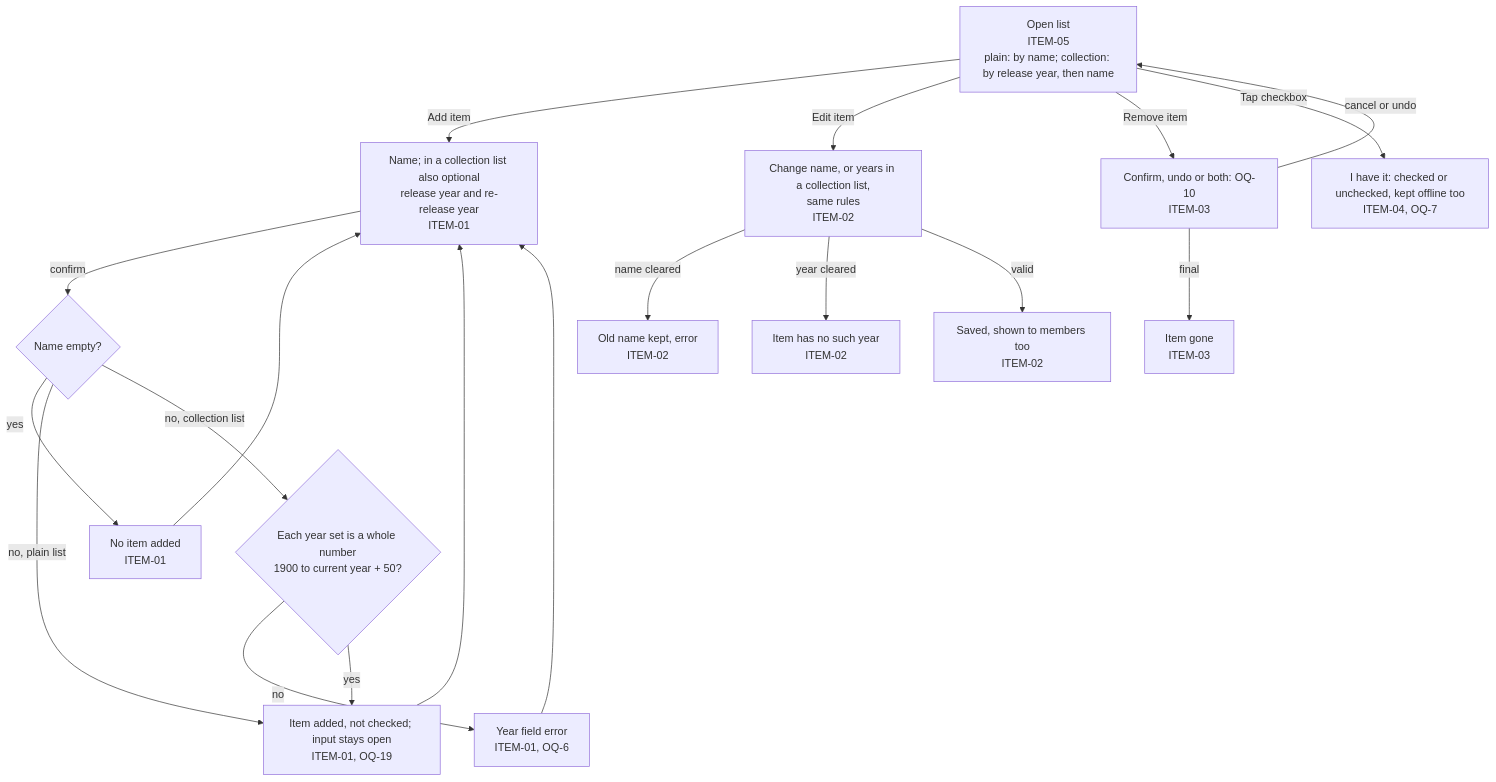
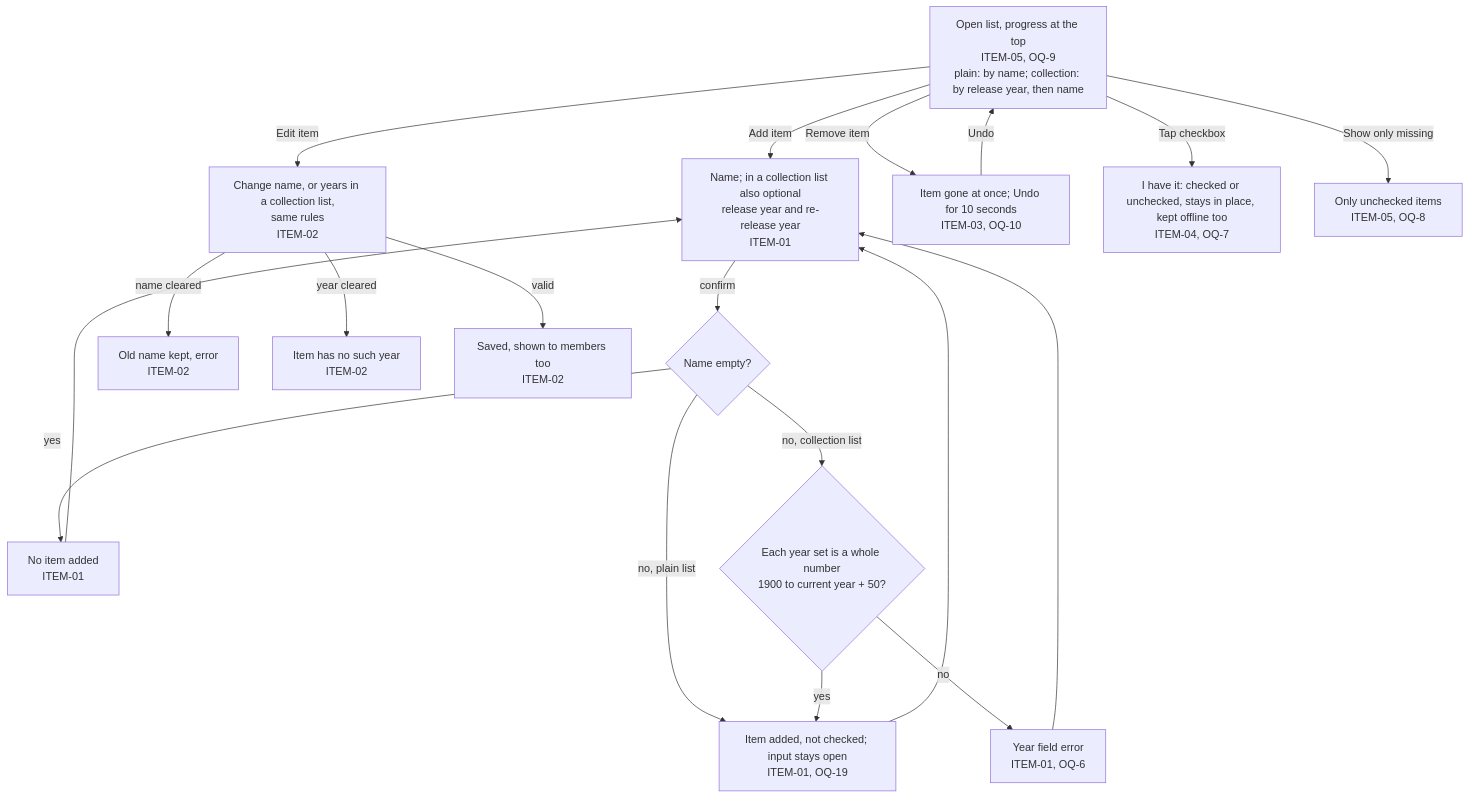
The seventh of 11 diagrams in docs/product/flow.md (bondo/listicles2), drawn with Mermaid before and after one commit. The commit also changed other lines of this file and 1 other file, not shown here.

````diff
--- a/docs/product/flow.md
+++ b/docs/product/flow.md
@@ -191,19 +191,19 @@
 ```mermaid
 flowchart TD
-    open["Open list<br>ITEM-05<br>plain: by name; collection: by release year, then name"] -- "Add item" --> input["Name; in a collection list also optional<br>release year and re-release year<br>ITEM-01"]
+    open["Open list, progress at the top<br>ITEM-05, OQ-9<br>plain: by name; collection: by release year, then name"] -- "Add item" --> input["Name; in a collection list also optional<br>release year and re-release year<br>ITEM-01"]
     input -- "confirm" --> iname{"Name empty?"}
     iname -- "yes" --> noadd["No item added<br>ITEM-01"] --> input
     iname -- "no, plain list" --> added
     iname -- "no, collection list" --> years{"Each year set is a whole number<br>1900 to current year + 50?"}
     years -- "no" --> yerr["Year field error<br>ITEM-01, OQ-6"] --> input
     years -- "yes" --> added["Item added, not checked; input stays open<br>ITEM-01, OQ-19"]
     added --> input
     open -- "Edit item" --> edit["Change name, or years in a collection list,<br>same rules<br>ITEM-02"]
     edit -- "name cleared" --> keep["Old name kept, error<br>ITEM-02"]
     edit -- "year cleared" --> noyear["Item has no such year<br>ITEM-02"]
     edit -- "valid" --> saved["Saved, shown to members too<br>ITEM-02"]
-    open -- "Remove item" --> rem["Confirm, undo or both: OQ-10<br>ITEM-03"]
-    rem -- "cancel or undo" --> open
-    rem -- "final" --> rgone["Item gone<br>ITEM-03"]
-    open -- "Tap checkbox" --> toggle["I have it: checked or unchecked, kept offline too<br>ITEM-04, OQ-7"]
+    open -- "Remove item" --> rgone["Item gone at once; Undo for 10 seconds<br>ITEM-03, OQ-10"]
+    rgone -- "Undo" --> open
+    open -- "Tap checkbox" --> toggle["I have it: checked or unchecked, stays in place, kept offline too<br>ITEM-04, OQ-7"]
+    open -- "Show only missing" --> missing["Only unchecked items<br>ITEM-05, OQ-8"]
 ```
````
